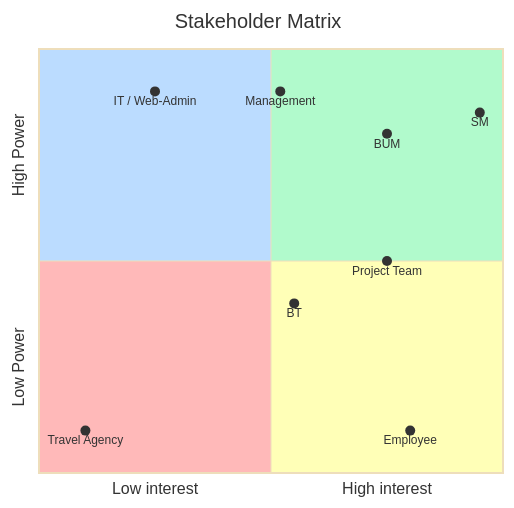
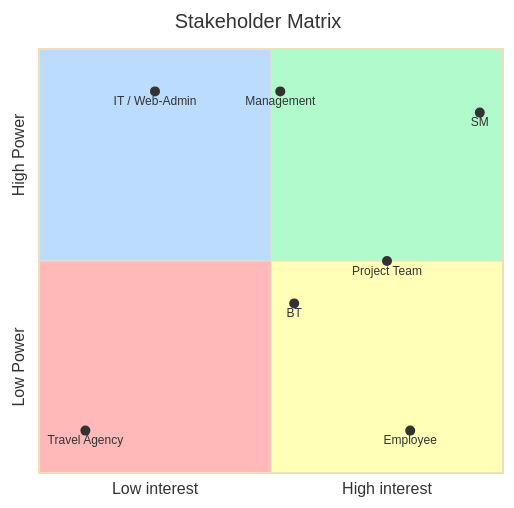
The first of 2 diagrams in docs/project_charta.qmd (podsv-fs26-ad24/ad24-10-fancyproject), drawn with Mermaid before and after one commit. The commit also changed other lines of this file and 3 other files, not shown here.

````diff
--- a/docs/project_charta.qmd
+++ b/docs/project_charta.qmd
@@ -69,17 +66,16 @@
 ```{mermaid}
 %%{init: {"theme": "base", "themeVariables": {"quadrant1Fill": "#b1facc", "quadrant2Fill": "#bbdcff", "quadrant3Fill": "#ffb9b9" , "quadrant4Fill": "#ffffb7"}}}%%
 quadrantChart
     title Stakeholder Matrix
     x-axis "Low interest" --> "High interest"
     y-axis "Low Power" --> "High Power"
 
     "SM": [0.95, 0.85]
     "Management": [0.52, 0.90]
-    "BUM": [0.75, 0.80]
     "Project Team": [0.75, 0.50]
     "IT / Web-Admin": [0.25, 0.90]
     "Employee": [0.80, 0.10]
     "Travel Agency": [0.10, 0.10]
     "BT": [0.55, 0.4]
 
 ```
````
